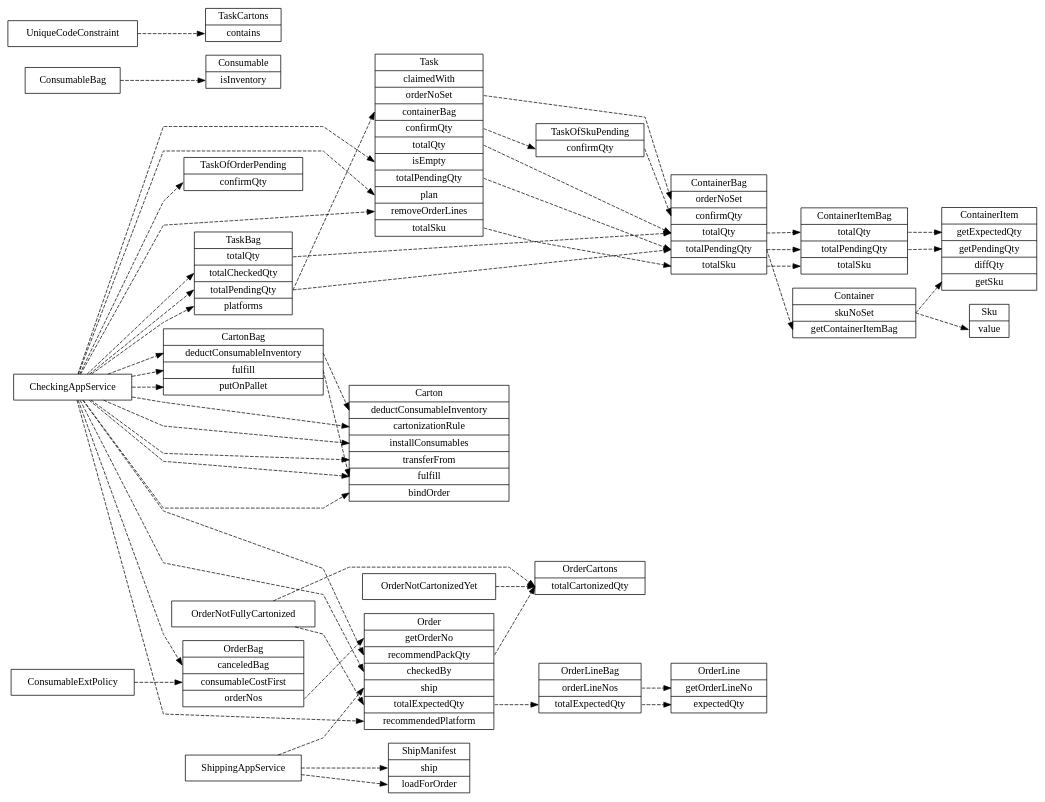
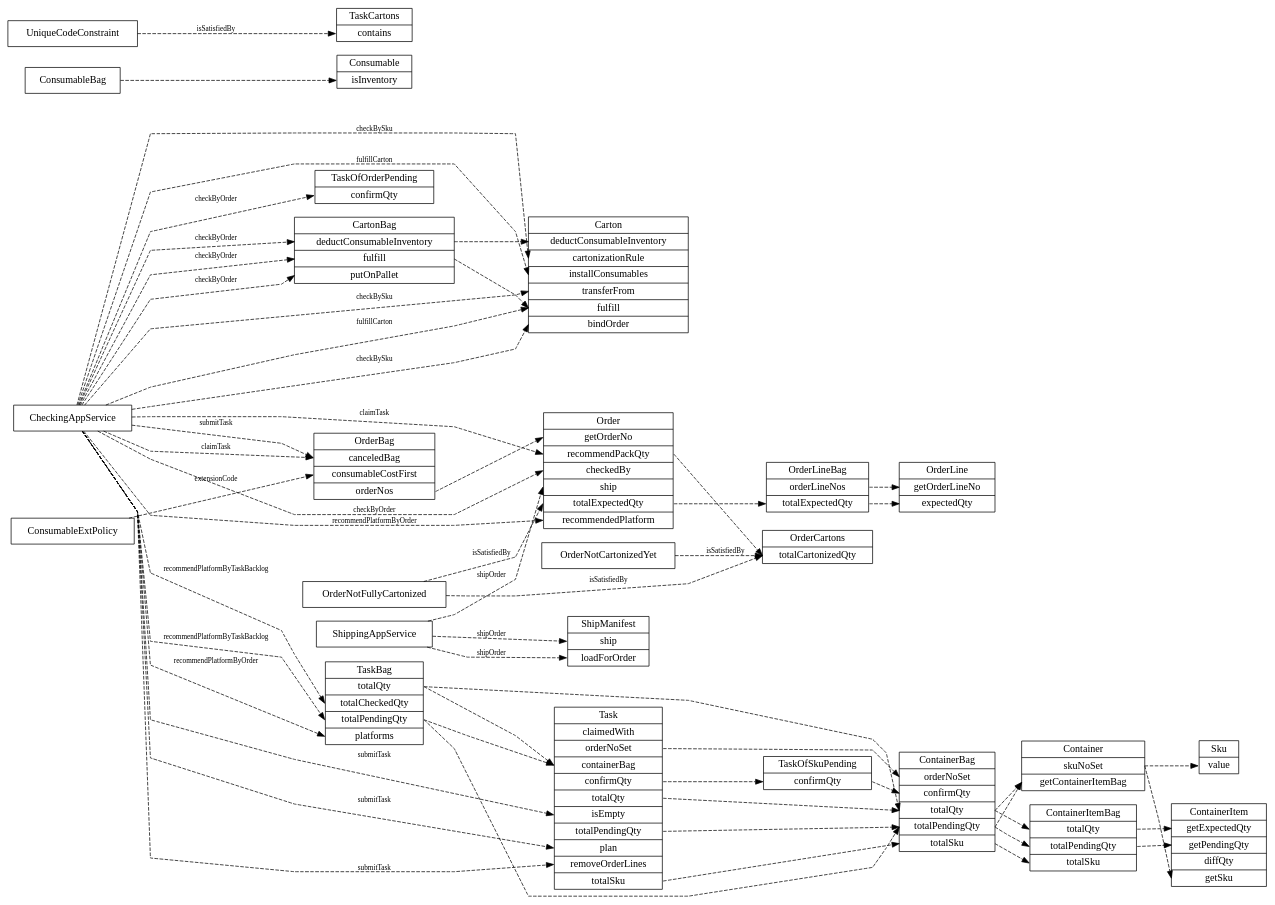
Before and after one commit to funkygao/cp-ddd-framework: the diagram in doc/showcase/callgraph.dot, drawn with Graphviz. The commit also changed 3 other files, not shown here.

Commit message:
call graph add a flag: edgeShowsCallerMethod

```diff
--- a/doc/showcase/callgraph.dot
+++ b/doc/showcase/callgraph.dot
@@ -1,80 +1,83 @@
 digraph G {
    labelloc = "t";
    rankdir=LR;
    splines = polyline;
    node [shape=record];
    edge [style = dashed, fontsize=10];
 
    Carton [label="<Carton> Carton|<deductConsumableInventory> deductConsumableInventory|<cartonizationRule> cartonizationRule|<installConsumables> installConsumables|<transferFrom> transferFrom|<fulfill> fulfill|<bindOrder> bindOrder"];
    CartonBag [label="<CartonBag> CartonBag|<deductConsumableInventory> deductConsumableInventory|<fulfill> fulfill|<putOnPallet> putOnPallet"];
    Consumable [label="<Consumable> Consumable|<isInventory> isInventory"];
    Container [label="<Container> Container|<skuNoSet> skuNoSet|<getContainerItemBag> getContainerItemBag"];
    ContainerBag [label="<ContainerBag> ContainerBag|<orderNoSet> orderNoSet|<confirmQty> confirmQty|<totalQty> totalQty|<totalPendingQty> totalPendingQty|<totalSku> totalSku"];
    ContainerItem [label="<ContainerItem> ContainerItem|<getExpectedQty> getExpectedQty|<getPendingQty> getPendingQty|<diffQty> diffQty|<getSku> getSku"];
    ContainerItemBag [label="<ContainerItemBag> ContainerItemBag|<totalQty> totalQty|<totalPendingQty> totalPendingQty|<totalSku> totalSku"];
    Order [label="<Order> Order|<getOrderNo> getOrderNo|<recommendPackQty> recommendPackQty|<checkedBy> checkedBy|<ship> ship|<totalExpectedQty> totalExpectedQty|<recommendedPlatform> recommendedPlatform"];
    OrderBag [label="<OrderBag> OrderBag|<canceledBag> canceledBag|<consumableCostFirst> consumableCostFirst|<orderNos> orderNos"];
    OrderCartons [label="<OrderCartons> OrderCartons|<totalCartonizedQty> totalCartonizedQty"];
    OrderLine [label="<OrderLine> OrderLine|<getOrderLineNo> getOrderLineNo|<expectedQty> expectedQty"];
    OrderLineBag [label="<OrderLineBag> OrderLineBag|<orderLineNos> orderLineNos|<totalExpectedQty> totalExpectedQty"];
    ShipManifest [label="<ShipManifest> ShipManifest|<ship> ship|<loadForOrder> loadForOrder"];
    Sku [label="<Sku> Sku|<value> value"];
    Task [label="<Task> Task|<claimedWith> claimedWith|<orderNoSet> orderNoSet|<containerBag> containerBag|<confirmQty> confirmQty|<totalQty> totalQty|<isEmpty> isEmpty|<totalPendingQty> totalPendingQty|<plan> plan|<removeOrderLines> removeOrderLines|<totalSku> totalSku"];
    TaskBag [label="<TaskBag> TaskBag|<totalQty> totalQty|<totalCheckedQty> totalCheckedQty|<totalPendingQty> totalPendingQty|<platforms> platforms"];
    TaskCartons [label="<TaskCartons> TaskCartons|<contains> contains"];
    TaskOfOrderPending [label="<TaskOfOrderPending> TaskOfOrderPending|<confirmQty> confirmQty"];
    TaskOfSkuPending [label="<TaskOfSkuPending> TaskOfSkuPending|<confirmQty> confirmQty"];
 
    CartonBag:deductConsumableInventory -> Carton:deductConsumableInventory
    CartonBag:fulfill -> Carton:fulfill
-   CheckingAppService -> TaskOfOrderPending:confirmQty
-   CheckingAppService -> CartonBag:fulfill
-   CheckingAppService -> CartonBag:putOnPallet
-   CheckingAppService -> Order:checkedBy
-   CheckingAppService -> CartonBag:deductConsumableInventory
-   CheckingAppService -> Carton:cartonizationRule
-   CheckingAppService -> Carton:bindOrder
-   CheckingAppService -> Carton:transferFrom
-   CheckingAppService -> OrderBag:canceledBag
-   CheckingAppService -> Order:recommendPackQty
-   CheckingAppService -> Carton:installConsumables
-   CheckingAppService -> Carton:fulfill
-   CheckingAppService -> Order:recommendedPlatform
-   CheckingAppService -> TaskBag:platforms
-   CheckingAppService -> TaskBag:totalCheckedQty
-   CheckingAppService -> TaskBag:totalPendingQty
-   CheckingAppService -> Task:removeOrderLines
-   CheckingAppService -> Task:isEmpty
-   CheckingAppService -> Task:plan
+   CheckingAppService -> TaskOfOrderPending:confirmQty [label="checkByOrder"];
+   CheckingAppService -> CartonBag:fulfill [label="checkByOrder"];
+   CheckingAppService -> CartonBag:putOnPallet [label="checkByOrder"];
+   CheckingAppService -> Order:checkedBy [label="checkByOrder"];
+   CheckingAppService -> CartonBag:deductConsumableInventory [label="checkByOrder"];
+   CheckingAppService -> Carton:cartonizationRule [label="checkBySku"];
+   CheckingAppService -> Carton:bindOrder [label="checkBySku"];
+   CheckingAppService -> Carton:transferFrom [label="checkBySku"];
+   CheckingAppService -> OrderBag:canceledBag [label="claimTask"];
+   CheckingAppService -> Order:recommendPackQty [label="claimTask"];
+   CheckingAppService -> Carton:installConsumables [label="fulfillCarton"];
+   CheckingAppService -> Carton:fulfill [label="fulfillCarton"];
+   CheckingAppService -> Order:recommendedPlatform [label="recommendPlatformByOrder"];
+   CheckingAppService -> TaskBag:platforms [label="recommendPlatformByOrder"];
+   CheckingAppService -> TaskBag:totalCheckedQty [label="recommendPlatformByTaskBacklog"];
+   CheckingAppService -> TaskBag:totalPendingQty [label="recommendPlatformByTaskBacklog"];
+   CheckingAppService -> OrderBag:canceledBag [label="submitTask"];
+   CheckingAppService -> Task:removeOrderLines [label="submitTask"];
+   CheckingAppService -> Task:isEmpty [label="submitTask"];
+   CheckingAppService -> Task:plan [label="submitTask"];
    ConsumableBag:inventoryControlBag -> Consumable:isInventory
-   ConsumableExtPolicy -> OrderBag:consumableCostFirst
+   ConsumableExtPolicy -> OrderBag:consumableCostFirst [label="extensionCode"];
    ContainerBag:totalPendingQty -> ContainerItemBag:totalPendingQty
    ContainerBag:totalPendingQty -> Container:getContainerItemBag
    ContainerBag:totalQty -> ContainerItemBag:totalQty
+   ContainerBag:totalQty -> Container:getContainerItemBag
    ContainerBag:totalSku -> ContainerItemBag:totalSku
    ContainerItemBag:totalPendingQty -> ContainerItem:getPendingQty
    ContainerItemBag:totalQty -> ContainerItem:getExpectedQty
    Container:skuNoSet -> Sku:value
    Container:skuNoSet -> ContainerItem:getSku
    OrderBag:orderNos -> Order:getOrderNo
    OrderLineBag:orderLineNos -> OrderLine:getOrderLineNo
    OrderLineBag:totalExpectedQty -> OrderLine:expectedQty
-   OrderNotCartonizedYet -> OrderCartons:totalCartonizedQty
-   OrderNotFullyCartonized -> Order:totalExpectedQty
-   OrderNotFullyCartonized -> OrderCartons:totalCartonizedQty
+   OrderNotCartonizedYet -> OrderCartons:totalCartonizedQty [label="isSatisfiedBy"];
+   OrderNotFullyCartonized -> Order:totalExpectedQty [label="isSatisfiedBy"];
+   OrderNotFullyCartonized -> OrderCartons:totalCartonizedQty [label="isSatisfiedBy"];
    Order:recommendPackQty -> OrderCartons:totalCartonizedQty
    Order:totalExpectedQty -> OrderLineBag:totalExpectedQty
-   ShippingAppService -> ShipManifest:loadForOrder
-   ShippingAppService -> ShipManifest:ship
-   ShippingAppService -> Order:ship
+   ShippingAppService -> ShipManifest:loadForOrder [label="shipOrder"];
+   ShippingAppService -> ShipManifest:ship [label="shipOrder"];
+   ShippingAppService -> Order:ship [label="shipOrder"];
    TaskBag:totalPendingQty -> ContainerBag:totalPendingQty
    TaskBag:totalPendingQty -> Task:containerBag
    TaskBag:totalQty -> ContainerBag:totalQty
+   TaskBag:totalQty -> Task:containerBag
    TaskOfSkuPending:confirmQty -> ContainerBag:confirmQty
    Task:confirmQty -> TaskOfSkuPending:confirmQty
    Task:orderNoSet -> ContainerBag:orderNoSet
    Task:totalPendingQty -> ContainerBag:totalPendingQty
    Task:totalQty -> ContainerBag:totalQty
    Task:totalSku -> ContainerBag:totalSku
-   UniqueCodeConstraint -> TaskCartons:contains
+   UniqueCodeConstraint -> TaskCartons:contains [label="isSatisfiedBy"];
 }
```
